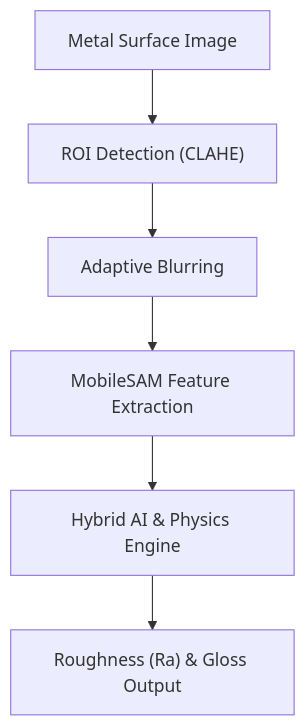
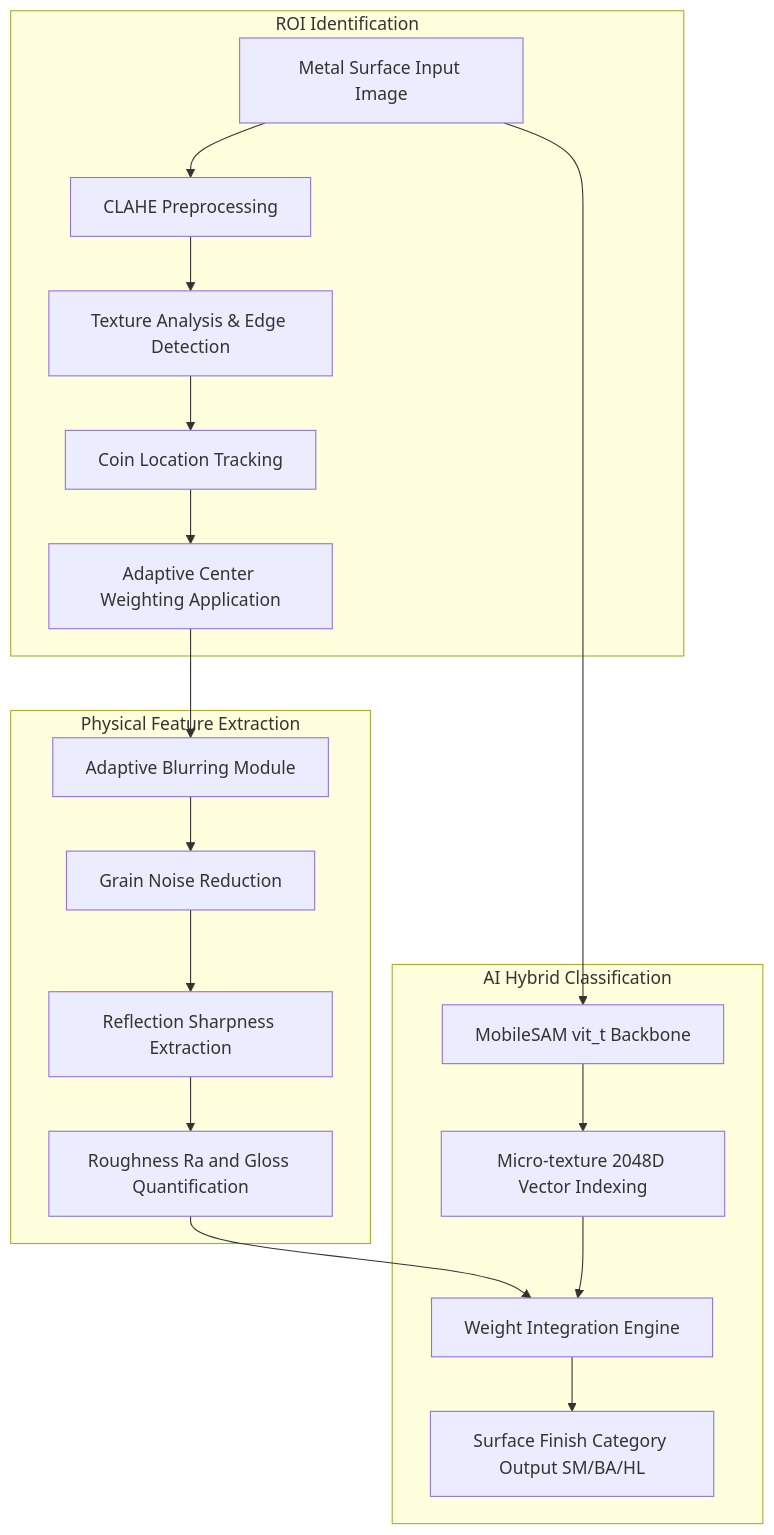
Before and after one commit to HyunchanAn/SG_proj_003: the diagram in README.md, drawn with Mermaid. The commit also changed other lines of this file and 1 other file, not shown here.

Commit message:
docs: README 문서 통일 및 정규화 (템플릿 적용, 다이어그램 상세화, 표현 정제)

````diff
--- a/README.md
+++ b/README.md
@@ -15,8 +12,22 @@
 ```mermaid
 graph TD
-    A["Metal Surface Image"] --> B["ROI Detection (CLAHE)"]
-    B --> C["Adaptive Blurring"]
-    C --> D["MobileSAM Feature Extraction"]
-    D --> E["Hybrid AI & Physics Engine"]
-    E --> F["Roughness (Ra) & Gloss Output"]
+    subgraph ROI Identification
+        A[Metal Surface Input Image] --> B[CLAHE Preprocessing]
+        B --> C[Texture Analysis & Edge Detection]
+        C --> D[Coin Location Tracking]
+        D --> E[Adaptive Center Weighting Application]
+    end
+    subgraph Physical Feature Extraction
+        E --> F[Adaptive Blurring Module]
+        F --> G[Grain Noise Reduction]
+        G --> H[Reflection Sharpness Extraction]
+        H --> I[Roughness Ra and Gloss Quantification]
+    end
+    subgraph AI Hybrid Classification
+        A --> J[MobileSAM vit_t Backbone]
+        J --> K[Micro-texture 2048D Vector Indexing]
+        I --> L[Weight Integration Engine]
+        K --> L
+        L --> M[Surface Finish Category Output SM/BA/HL]
+    end
 ```
````
